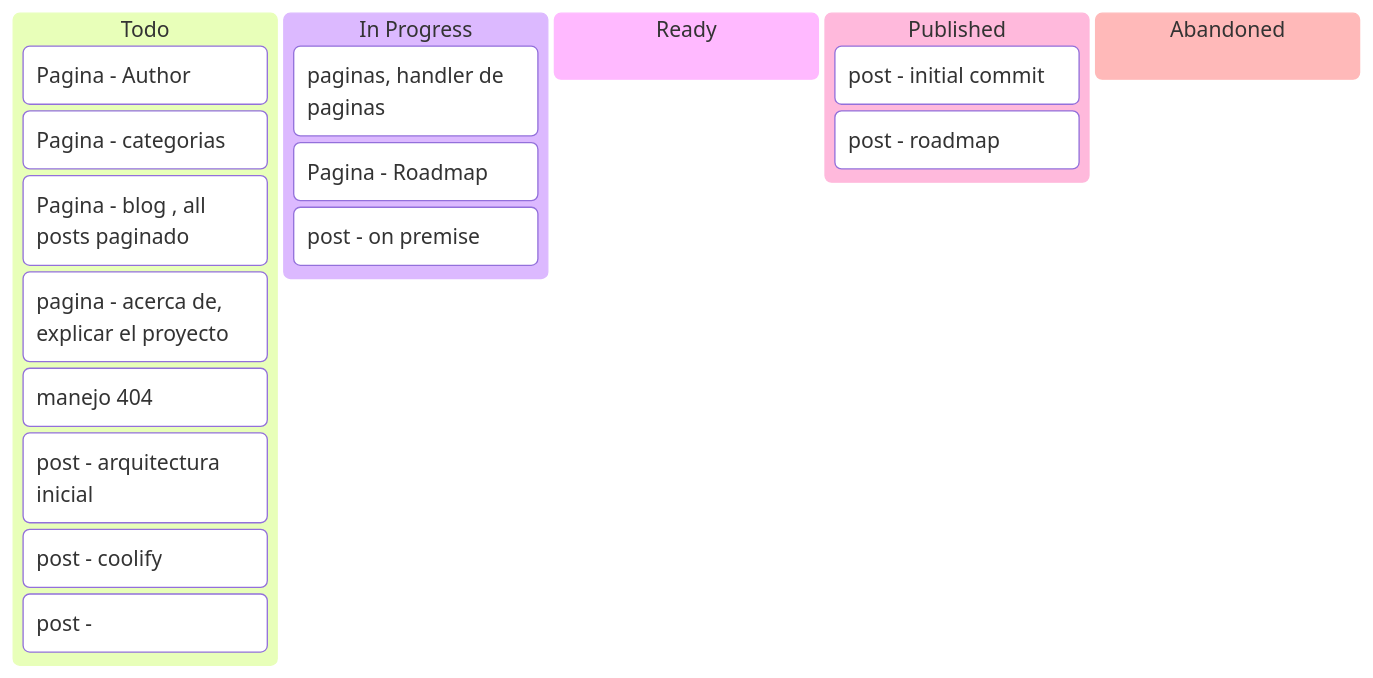
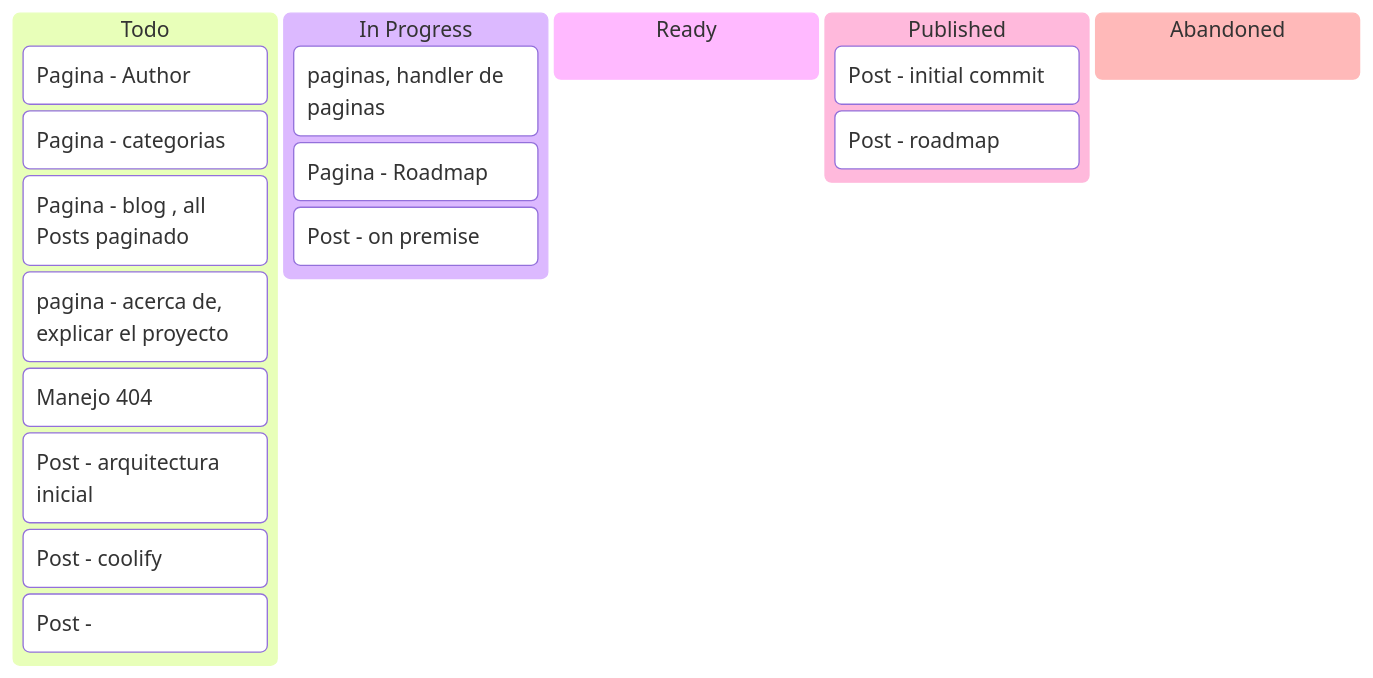
The diagram in pages/roadmap.md (themakunga/hacktober2025_blog_post), drawn with Mermaid before and after one commit. The commit also changed other lines of this file, not shown here.

Commit message:
feat: page roadmap update

````diff
--- a/pages/roadmap.md
+++ b/pages/roadmap.md
@@ -18,23 +18,23 @@
 ```mermaid
-kanban
+ 	kanban
 Todo
 	[Pagina - Author]
     [Pagina - categorias]
-    [Pagina - blog , all posts paginado]
+    [Pagina - blog , all Posts paginado]
     [pagina - acerca de, explicar el proyecto]
-	[manejo 404]
-	[post - arquitectura inicial]
-	[post - coolify]
-	[post - ]
+	[Manejo 404]
+	[Post - arquitectura inicial]
+	[Post - coolify]
+	[Post - ]
 In Progress
     [paginas, handler de paginas]
 	[Pagina - Roadmap]
-	[post - on premise]
+	[Post - on premise]
 Ready
 Published
-	[ post - initial commit]
-	[post - roadmap]
+	[Post - initial commit]
+	[Post - roadmap]
 	
 Abandoned
     
 ```
````
